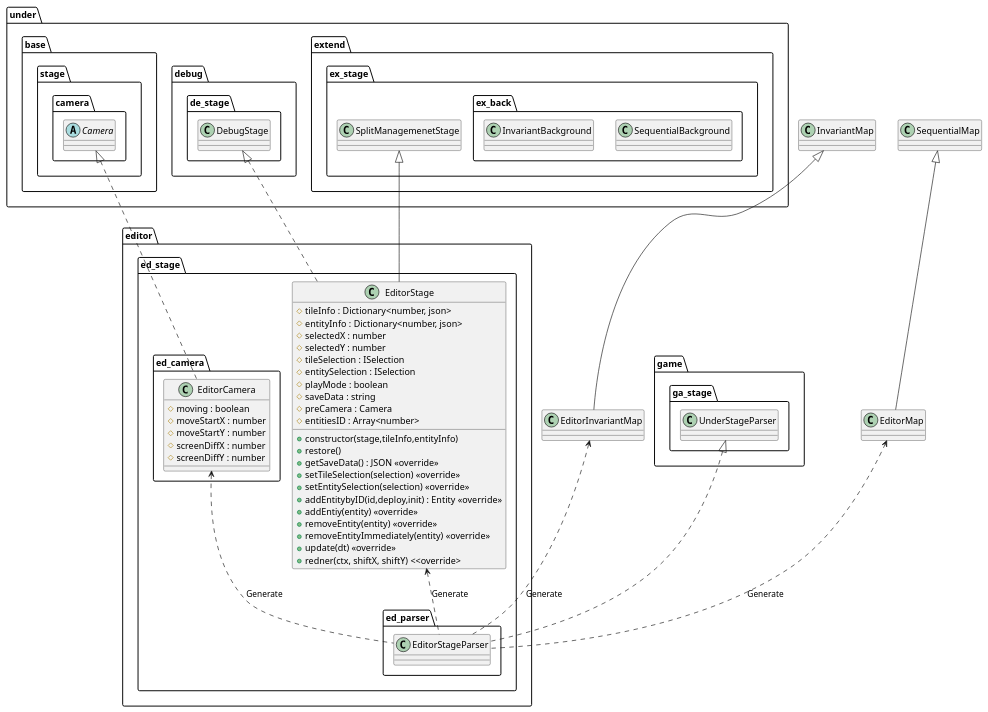
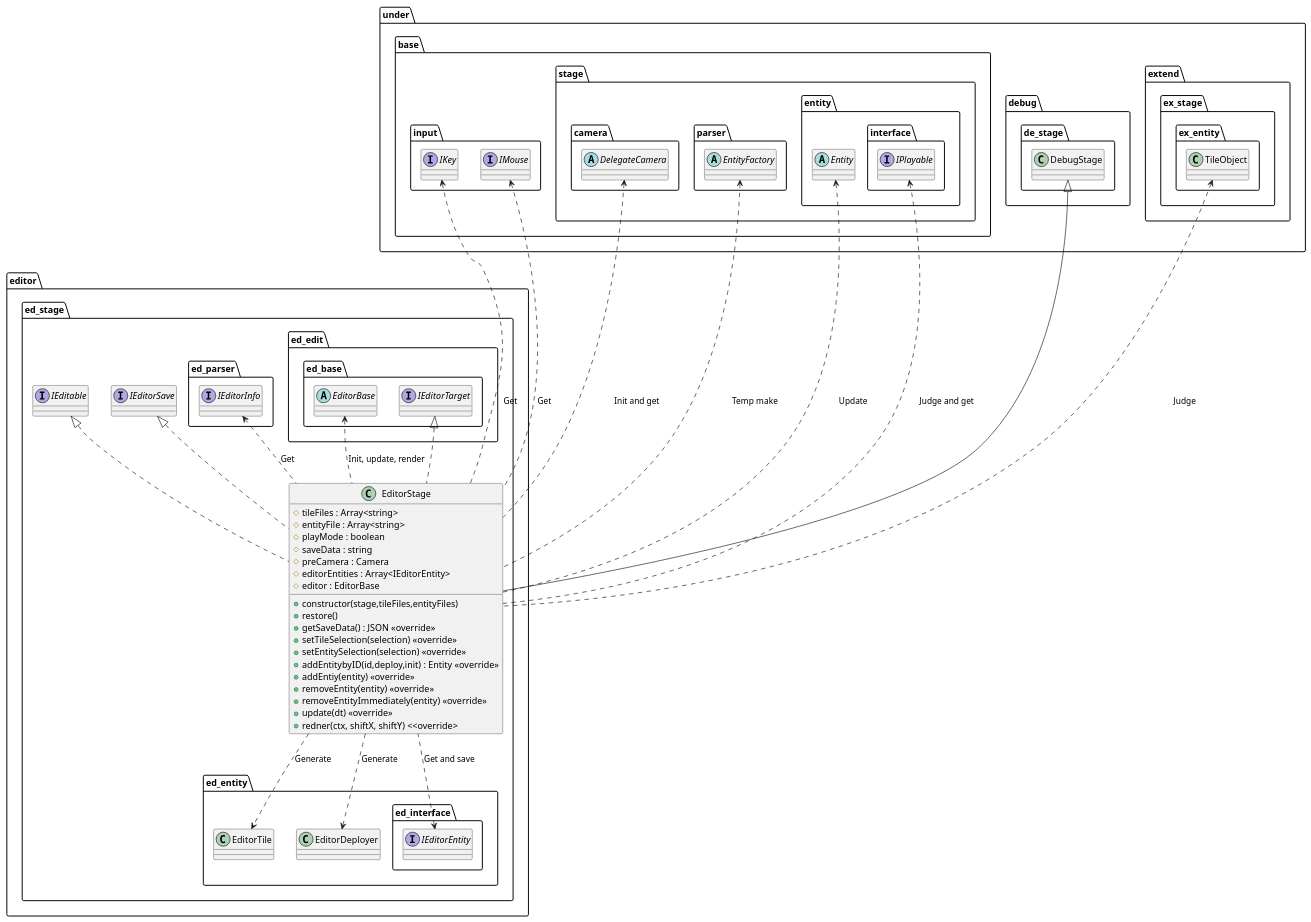
The diagram in uml/editor/Stage.wsd (Expine/Under), drawn with PlantUML before and after one commit. The commit also changed 25 other files, not shown here.

Commit message:
Fix edito stage, abstract editor function and other

```diff
--- a/uml/editor/Stage.wsd
+++ b/uml/editor/Stage.wsd
@@ -1,86 +1,104 @@
 @startuml EditorStage
 
 package editor {
     package ed_stage {
         class EditorStage {
-            +constructor(stage,tileInfo,entityInfo)
-            #tileInfo : Dictionary<number, json>
-            #entityInfo : Dictionary<number, json>
-            #selectedX : number
-            #selectedY : number
-            #tileSelection : ISelection
-            #entitySelection : ISelection
+            +constructor(stage,tileFiles,entityFiles)
+            #tileFiles : Array<string>
+            #entityFile : Array<string>
             #playMode : boolean
             #saveData : string
             #preCamera : Camera
-            #entitiesID : Array<number>
+            #editorEntities : Array<IEditorEntity>
+            #editor : EditorBase
             +restore()
             +getSaveData() : JSON <<override>>
             +setTileSelection(selection) <<override>>
             +setEntitySelection(selection) <<override>>
             +addEntitybyID(id,deploy,init) : Entity <<override>>
             +addEntiy(entity) <<override>>
             +removeEntity(entity) <<override>>
             +removeEntityImmediately(entity) <<override>>
             +update(dt) <<override>>
             +redner(ctx, shiftX, shiftY) <<override>
         }
-
-        package ed_parser {
-            class EditorStageParser
-        }
-        package ed_camera {
-            class EditorCamera {
-                #moving : boolean
-                #moveStartX : number
-                #moveStartY : number
-                #screenDiffX : number
-                #screenDiffY : number
-            }
-        }
     }
 }
 
 package under {
     package base {
+        package input {
+            interface IKey
+            interface IMouse
+        }
         package stage {
             package camera {
-                abstract Camera
+                abstract DelegateCamera
+            }
+            package parser {
+                abstract EntityFactory
+            }
+            package entity {
+                package interface {
+                    interface IPlayable
+                }
+                abstract Entity
             }
         }
     }
     package debug {
         package de_stage {
             class DebugStage
         }
     }
     package extend {
         package ex_stage {
-            class SplitManagemenetStage
-            package ex_back {
-                class SequentialBackground
-                class InvariantBackground
+            package ex_entity {
+                class TileObject
             }
         }
     }
 }
 
-package game {
-    package ga_stage {
-        class UnderStageParser
+package editor {
+    package ed_stage {
+        interface IEditorSave
+        interface IEditable
+        package ed_edit {
+            package ed_base {
+                abstract EditorBase
+                interface IEditorTarget
+            }
+        }
+        package ed_parser {
+            interface IEditorInfo
+        }
+        package ed_entity {
+            class EditorTile
+            class EditorDeployer
+            package ed_interface {
+                interface IEditorEntity
+            }
+        }
     }
 }
 
-EditorStage <.. EditorStageParser : "Generate"
-EditorCamera <.. EditorStageParser : "Generate"
-EditorMap <.. EditorStageParser : "Generate"
-EditorInvariantMap <.. EditorStageParser : "Generate"
+TileObject <... EditorStage : Judge
+IEditorEntity <.. EditorStage : Get and save
+EditorBase <.. EditorStage : Init, update, render
+IEditorInfo <.. EditorStage : Get
+EntityFactory <... EditorStage : Temp make
+EditorStage ..> EditorTile : Generate
+EditorStage ..> EditorDeployer : Generate
+Entity <... EditorStage : Update
+IKey <... EditorStage : Get
+IMouse <... EditorStage : Get
+IPlayable <... EditorStage : Judge and get
+DelegateCamera <... EditorStage : Init and get
 
-DebugStage <|.. EditorStage
-Camera <|.. EditorCamera
-UnderStageParser <|.. EditorStageParser
-SplitManagemenetStage <|-- EditorStage
-SequentialMap <|-- EditorMap
-InvariantMap <|-- EditorInvariantMap
+DebugStage <|-- EditorStage
+IEditorSave <|.. EditorStage
+IEditable <|.. EditorStage
+IEditorTarget <|.. EditorStage
 
 @enduml
```
